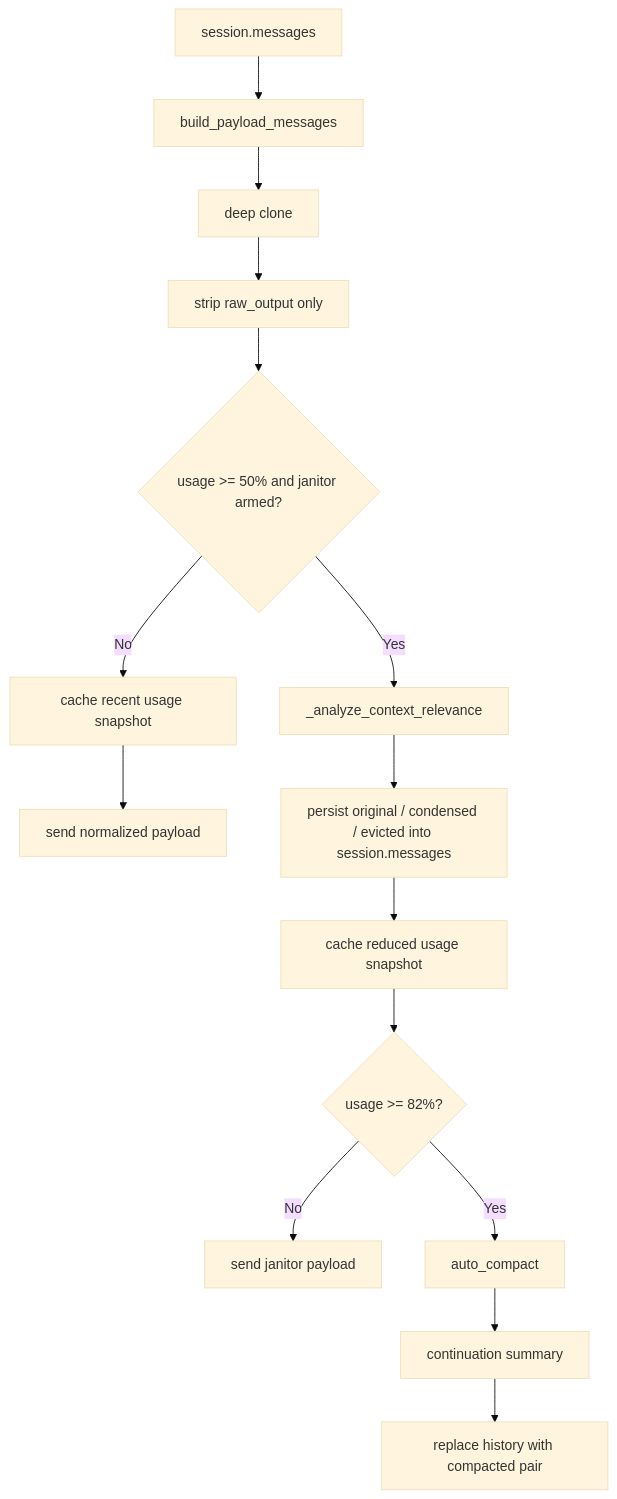
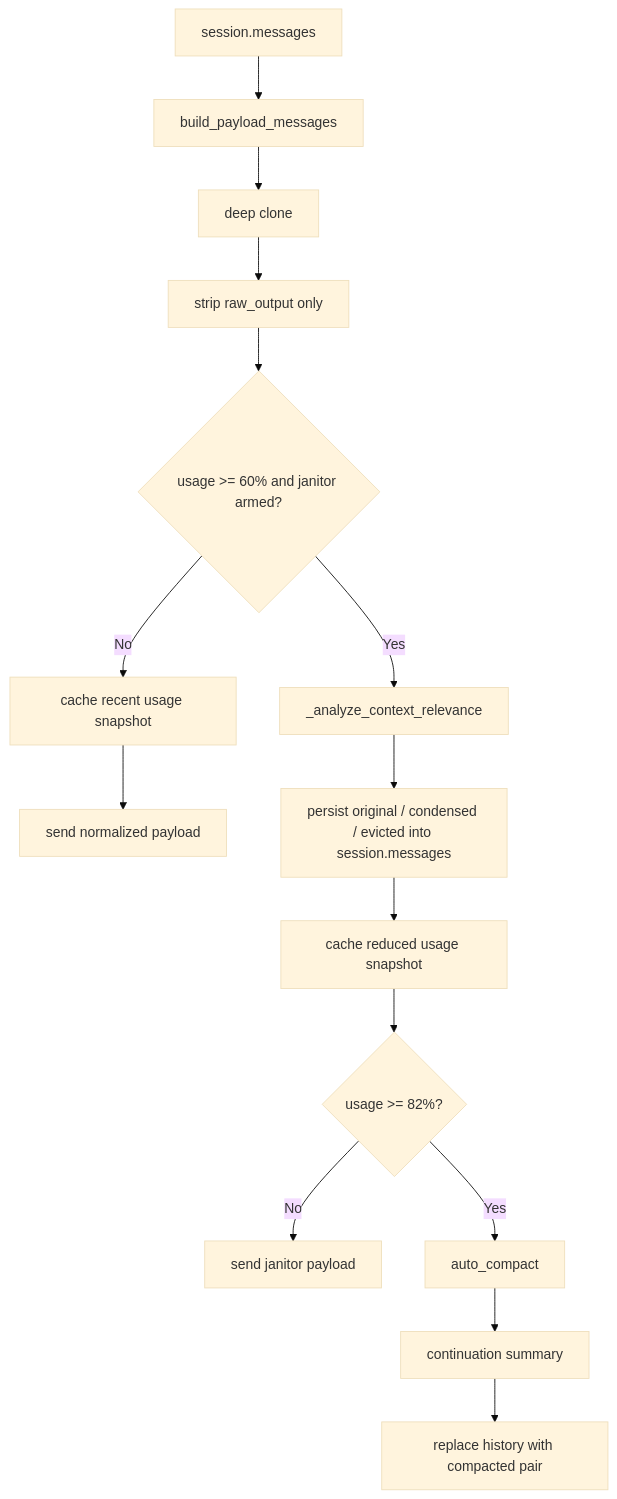
The diagram in Docs/Core/06-上下文治理与压缩.md (keiqkeqi321/somnia), drawn with Mermaid (base theme) before and after one commit. The commit also changed other lines of this file and 1 other file, not shown here.

Commit message:
docs: update janitor governance thresholds

````diff
--- a/Docs/Core/06-上下文治理与压缩.md
+++ b/Docs/Core/06-上下文治理与压缩.md
@@ -15,17 +15,17 @@
 ```mermaid
 flowchart TD
     A[session.messages] --> B[build_payload_messages]
     B --> C[deep clone]
     C --> D[strip raw_output only]
-    D --> E{usage >= 50% and janitor armed?}
+    D --> E{usage >= 60% and janitor armed?}
     E -- No --> F[cache recent usage snapshot]
     F --> G[send normalized payload]
     E -- Yes --> H[_analyze_context_relevance]
     H --> I[persist original / condensed / evicted into session.messages]
     I --> J[cache reduced usage snapshot]
     J --> K{usage >= 82%?}
     K -- No --> L[send janitor payload]
     K -- Yes --> M[auto_compact]
     M --> N[continuation summary]
     N --> O[replace history with compacted pair]
 ```
````
